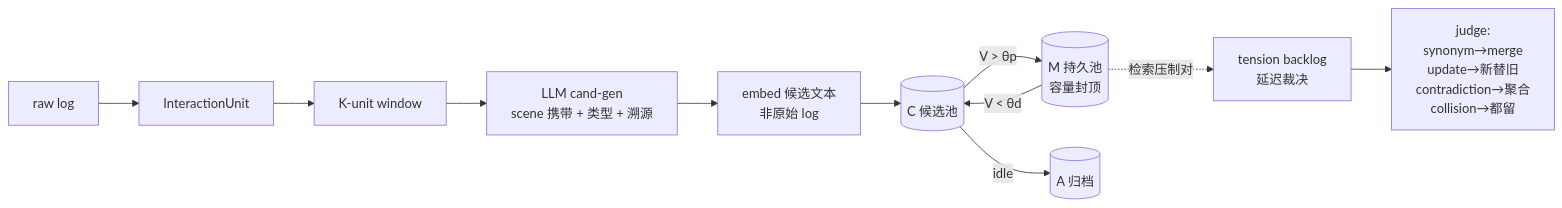
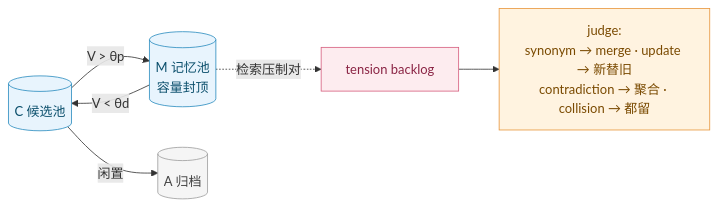
Before and after one commit to 1173591564/Dynamics-memory: the second of 2 diagrams in README.md, drawn with Mermaid. The commit also changed other lines of this file, not shown here.

Commit message:
docs: README 重写——落地页式结构、mermaid 配色、真实证据图

````diff
--- a/README.md
+++ b/README.md
@@ -20,13 +97,17 @@
 ```mermaid
 flowchart LR
-    L[raw log] --> U[InteractionUnit]
-    U --> W[K-unit window]
-    W --> G[LLM cand-gen<br/>scene 携带 + 类型 + 溯源]
-    G --> E[embed 候选文本<br/>非原始 log]
-    E --> C[(C 候选池)]
-    C -->|V &gt; θp| M[(M 持久池<br/>容量封顶)]
-    M -->|V &lt; θd| C
-    C -->|idle| A[(A 归档)]
-    M -.检索压制对.-> T[tension backlog<br/>延迟裁决]
-    T --> J[judge:<br/>synonym→merge<br/>update→新替旧<br/>contradiction→聚合<br/>collision→都留]
+    C[("C 候选池")] -->|"V &gt; θp"| M[("M 记忆池<br/>容量封顶")]
+    M -->|"V &lt; θd"| C
+    C -->|"闲置"| A[("A 归档")]
+    M -. "检索压制对" .-> T["tension backlog"]
+    T --> J["judge:<br/>synonym → merge · update → 新替旧<br/>contradiction → 聚合 · collision → 都留"]
+
+    classDef pool fill:#E8F4FD,stroke:#2B8CBF,color:#0B4F6C
+    classDef cold fill:#F5F5F5,stroke:#9E9E9E,color:#424242
+    classDef hot fill:#FDECEF,stroke:#D65F7F,color:#8A2444
+    classDef judge fill:#FFF3E0,stroke:#E8963C,color:#7A4A00
+    class C,M pool
+    class A cold
+    class T hot
+    class J judge
 ```
````
